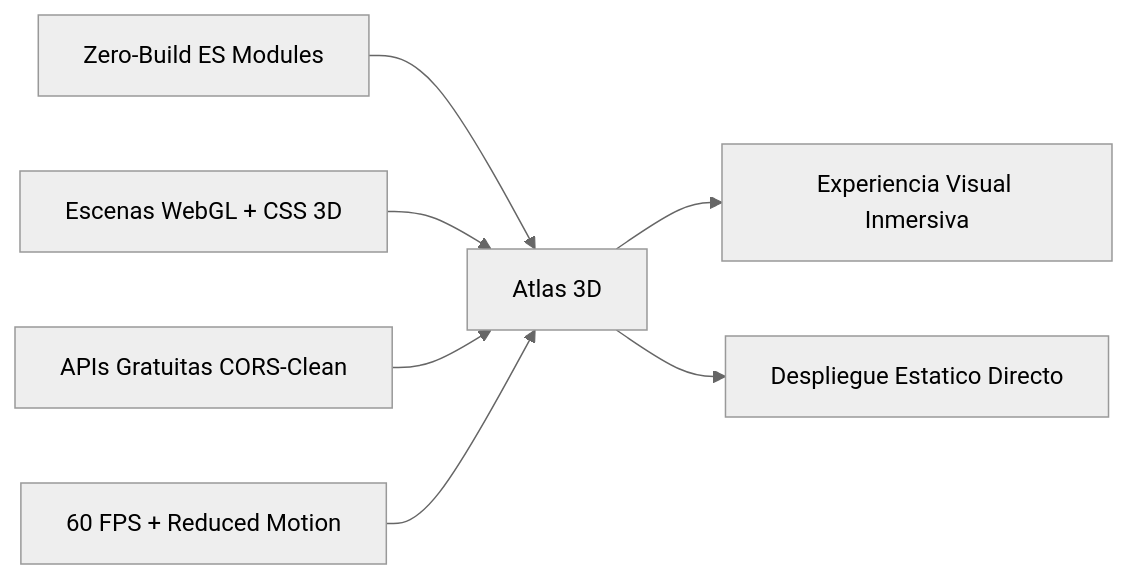
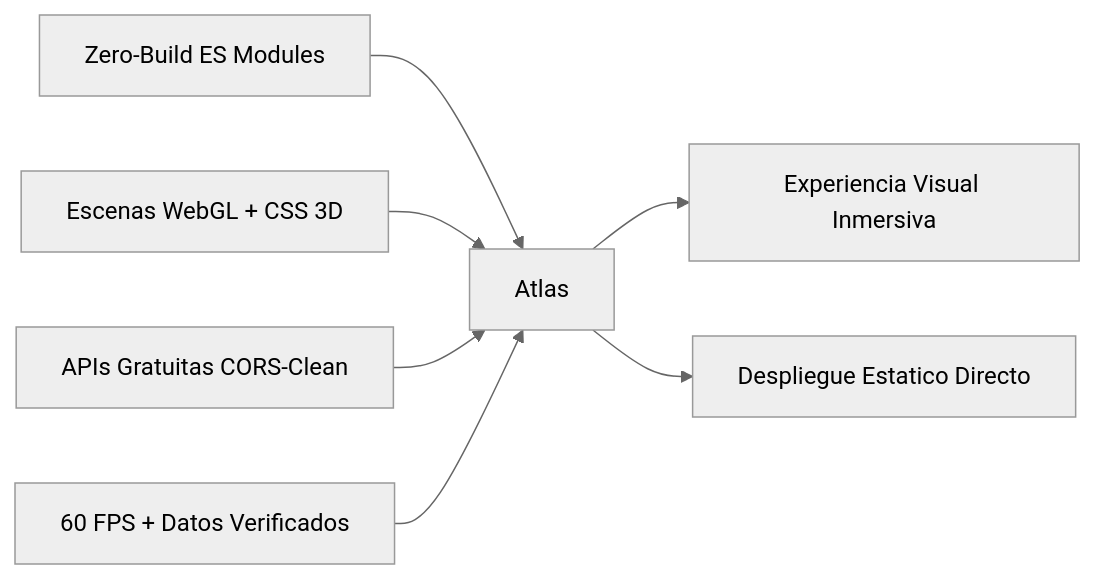
The diagram in docs/INDEX.md (Facusere/Atlas), drawn with Mermaid (neutral theme) before and after one commit. The commit also changed other lines of this file and 21 other files, not shown here.

````diff
--- a/docs/INDEX.md
+++ b/docs/INDEX.md
@@ -36,9 +38,9 @@
 ```mermaid
 flowchart LR
-    A["Zero-Build ES Modules"] --> E["Atlas 3D"]
+    A["Zero-Build ES Modules"] --> E["Atlas"]
     B["Escenas WebGL + CSS 3D"] --> E
     C["APIs Gratuitas CORS-Clean"] --> E
-    D["60 FPS + Reduced Motion"] --> E
+    D["60 FPS + Datos Verificados"] --> E
     E --> F["Experiencia Visual Inmersiva"]
     E --> G["Despliegue Estatico Directo"]
 ```
````
